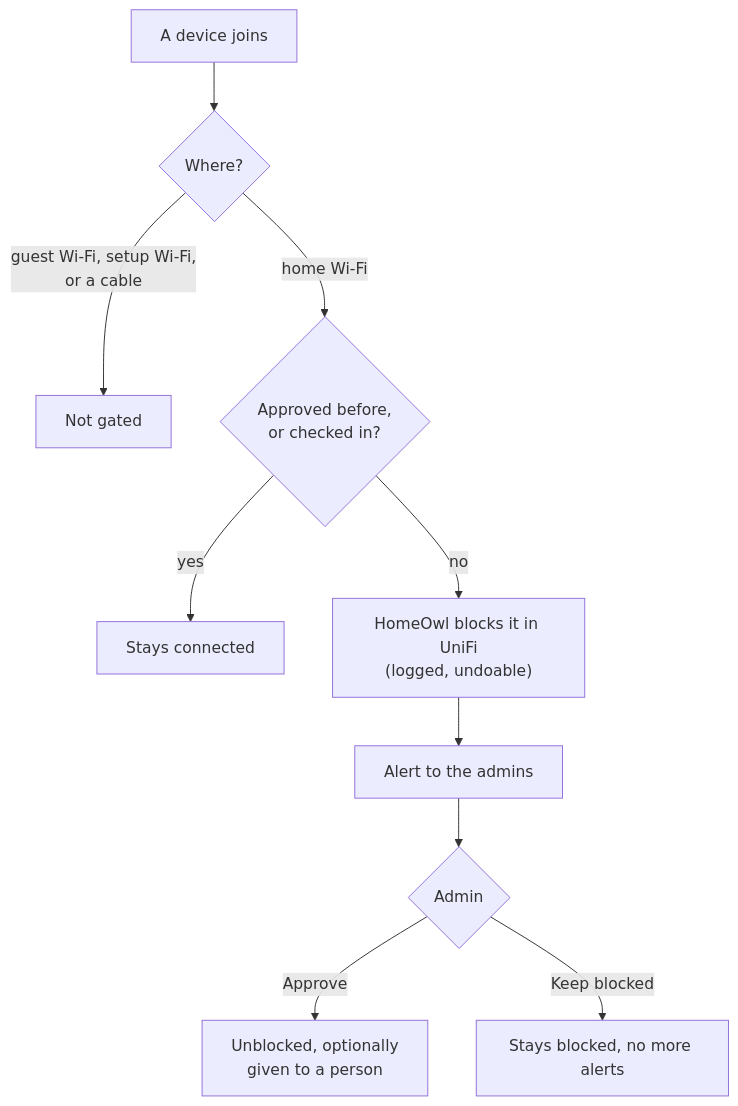
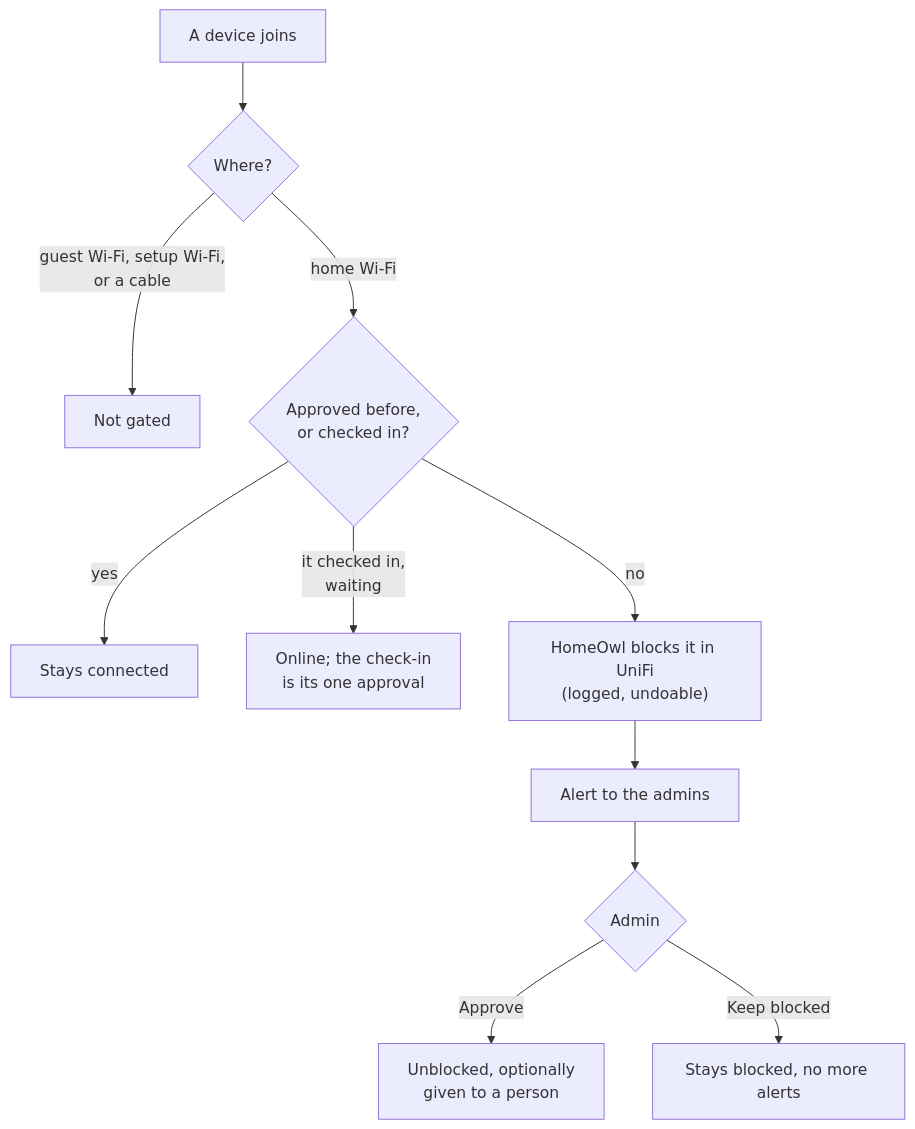
The third of 4 diagrams in docs/how-it-works.md (h4ux/HomeOwl), drawn with Mermaid before and after one commit. The commit also changed other lines of this file and 11 other files, not shown here.

Commit message:
New devices: one approval — a check-in replaces the grace request; approving from the page, a notification or the Grace tab names it in UniFi, gives it to the person and unblocks it; rejecting blocks; People chips use live UniFi names

````diff
--- a/docs/how-it-works.md
+++ b/docs/how-it-works.md
@@ -85,12 +85,13 @@
 ```mermaid
 flowchart TD
   new["A device joins"] --> where{"Where?"}
   where -- "guest Wi-Fi, setup Wi-Fi,<br/>or a cable" --> pass["Not gated"]
   where -- "home Wi-Fi" --> known{"Approved before,<br/>or checked in?"}
   known -- yes --> ok["Stays connected"]
+  known -- "it checked in,<br/>waiting" --> wait["Online; the check-in<br/>is its one approval"]
   known -- "no" --> block["HomeOwl blocks it in UniFi<br/>(logged, undoable)"]
   block --> alert["Alert to the admins"]
   alert --> decide{"Admin"}
   decide -- Approve --> unblock["Unblocked, optionally<br/>given to a person"]
   decide -- "Keep blocked" --> stay["Stays blocked, no more alerts"]
 ```
````
